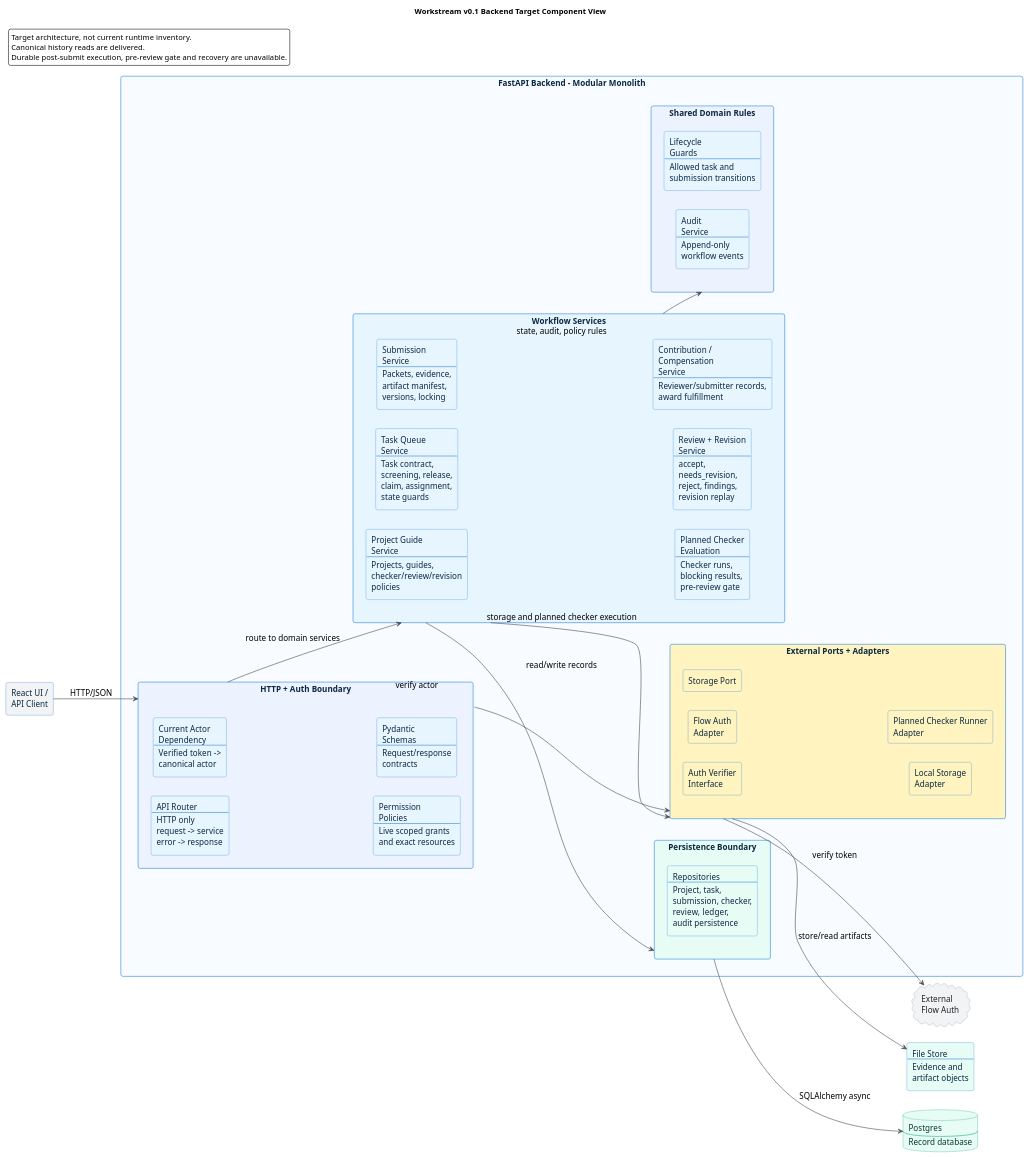
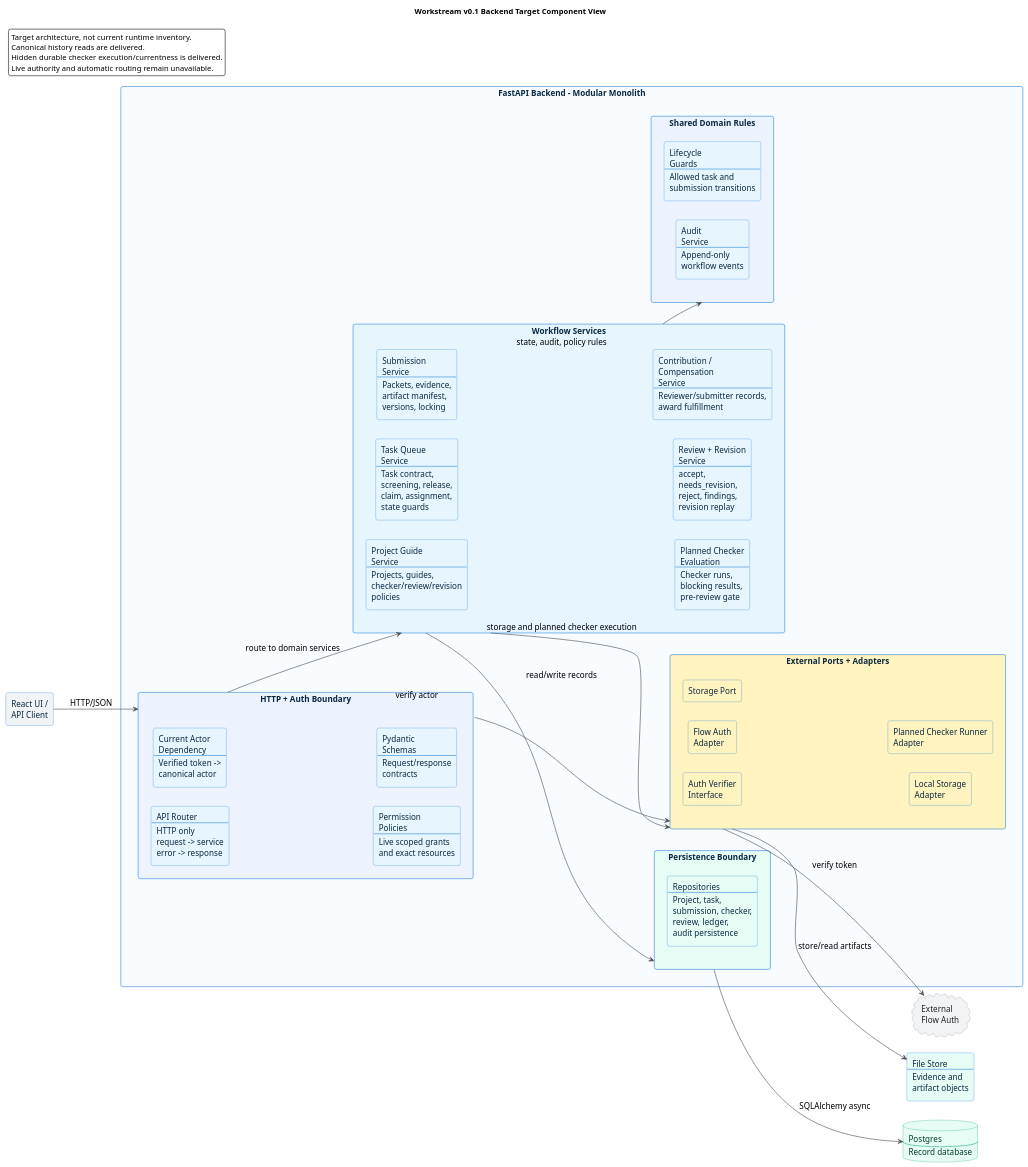
Before and after one commit to ChuloWay/workstream: the diagram in docs/diagrams/backend_v01_components.puml, drawn with PlantUML. The commit also changed 27 other files, not shown here.

Commit message:
Serialize review currentness and strengthen execution regression proof

```diff
--- a/docs/diagrams/backend_v01_components.puml
+++ b/docs/diagrams/backend_v01_components.puml
@@ -1,88 +1,89 @@
 @startuml backend_v01_components
 title Workstream v0.1 Backend Target Component View
 
 legend top left
   Target architecture, not current runtime inventory.
   Canonical history reads are delivered.
-  Durable post-submit execution, pre-review gate and recovery are unavailable.
+  Hidden durable checker execution/currentness is delivered.
+  Live authority and automatic routing remain unavailable.
 endlegend
 
 left to right direction
 
 skinparam backgroundColor #FFFFFF
 skinparam shadowing false
 skinparam roundcorner 8
 skinparam defaultFontName Arial
 skinparam defaultFontSize 15
 skinparam ArrowColor #495057
 skinparam ArrowThickness 1.1
 skinparam packageStyle rectangle
 skinparam rectangle {
   BorderColor #1C7ED6
   BackgroundColor #E7F5FF
   FontColor #0B2942
 }
 skinparam database {
   BorderColor #0CA678
   BackgroundColor #E6FCF5
   FontColor #063B2C
 }
 skinparam cloud {
   BorderColor #868E96
   BackgroundColor #F1F3F5
   FontColor #212529
 }
 
 rectangle "React UI /\nAPI Client" as client #F1F3F5
 cloud "External\nFlow Auth" as flow_auth
 database "Postgres\n----\nRecord database" as postgres
 rectangle "File Store\n----\nEvidence and\nartifact objects" as file_store #E6FCF5
 
 package "FastAPI Backend - Modular Monolith" as backend #F8FBFF {
   package "HTTP + Auth Boundary" as http_boundary #EDF2FF {
     rectangle "API Router\n----\nHTTP only\nrequest -> service\nerror -> response" as api_router
     rectangle "Current Actor\nDependency\n----\nVerified token ->\ncanonical actor" as current_actor
     rectangle "Permission\nPolicies\n----\nLive scoped grants\nand exact resources" as permissions
     rectangle "Pydantic\nSchemas\n----\nRequest/response\ncontracts" as schemas
   }
 
   package "Workflow Services" as workflow_services #E7F5FF {
     rectangle "Project Guide\nService\n----\nProjects, guides,\nchecker/review/revision\npolicies" as project_service
     rectangle "Task Queue\nService\n----\nTask contract,\nscreening, release,\nclaim, assignment,\nstate guards" as task_service
     rectangle "Submission\nService\n----\nPackets, evidence,\nartifact manifest,\nversions, locking" as submission_service
     rectangle "Planned Checker\nEvaluation\n----\nChecker runs,\nblocking results,\npre-review gate" as checker_service
     rectangle "Review + Revision\nService\n----\naccept,\nneeds_revision,\nreject, findings,\nrevision replay" as review_service
     rectangle "Contribution /\nCompensation\nService\n----\nReviewer/submitter records,\naward fulfillment" as ledger_service
   }
 
   package "Shared Domain Rules" as shared_rules #EDF2FF {
     rectangle "Lifecycle\nGuards\n----\nAllowed task and\nsubmission transitions" as lifecycle
     rectangle "Audit\nService\n----\nAppend-only\nworkflow events" as audit_service
   }
 
   package "Persistence Boundary" as persistence #E6FCF5 {
     rectangle "Repositories\n----\nProject, task,\nsubmission, checker,\nreview, ledger,\naudit persistence" as repositories #E6FCF5
   }
 
   package "External Ports + Adapters" as ports #FFF3BF {
     rectangle "Auth Verifier\nInterface" as auth_port #FFF3BF
     rectangle "Flow Auth\nAdapter" as flow_adapter #FFF3BF
     rectangle "Storage Port" as storage_port #FFF3BF
     rectangle "Local Storage\nAdapter" as storage_adapter #FFF3BF
     rectangle "Planned Checker Runner\nAdapter" as checker_runner #FFF3BF
   }
 }
 
 client --> http_boundary : HTTP/JSON
 http_boundary --> workflow_services : route to domain services
 http_boundary --> ports : verify actor
 
 workflow_services --> shared_rules : state, audit, policy rules
 workflow_services --> persistence : read/write records
 workflow_services --> ports : storage and planned checker execution
 
 ports --> flow_auth : verify token
 ports --> file_store : store/read artifacts
 persistence --> postgres : SQLAlchemy async
 
 @enduml
```
